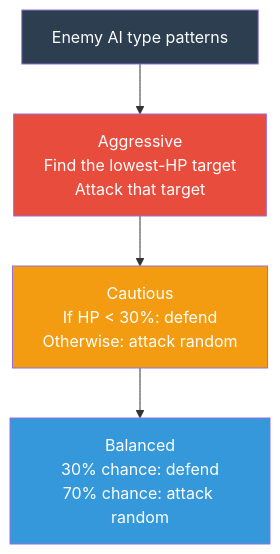
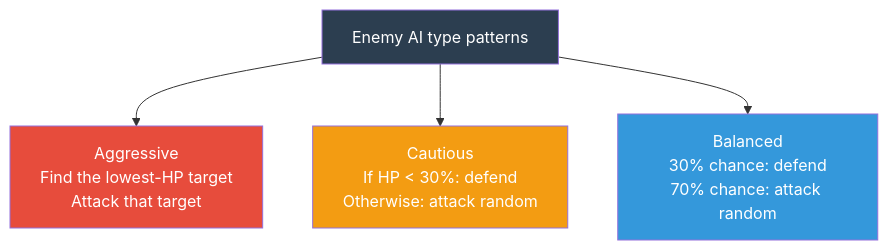
Before and after one commit to Jorge-D-Robles/gemini-fantasy: the first of 2 diagrams in tutorial/17_enemies_and_ai.md, drawn with Mermaid.

Commit message:
docs: Fix AI type graph to branch correctly in Module 17

````diff
--- a/tutorial/17_enemies_and_ai.md
+++ b/tutorial/17_enemies_and_ai.md
@@ -120,16 +120,16 @@
 ```mermaid
 graph TD
     Start["Enemy AI type patterns"]
     Agg["Aggressive\nFind the lowest-HP target\nAttack that target"]
     Caut["Cautious\nIf HP < 30%: defend\nOtherwise: attack random"]
     Bal["Balanced\n30% chance: defend\n70% chance: attack random"]
 
     Start --> Agg
-    Agg --> Caut
-    Caut --> Bal
+    Start --> Caut
+    Start --> Bal
 
     style Start fill:#2c3e50,color:#fff
     style Agg fill:#e74c3c,color:#fff
     style Caut fill:#f39c12,color:#fff
     style Bal fill:#3498db,color:#fff
 ```
````
